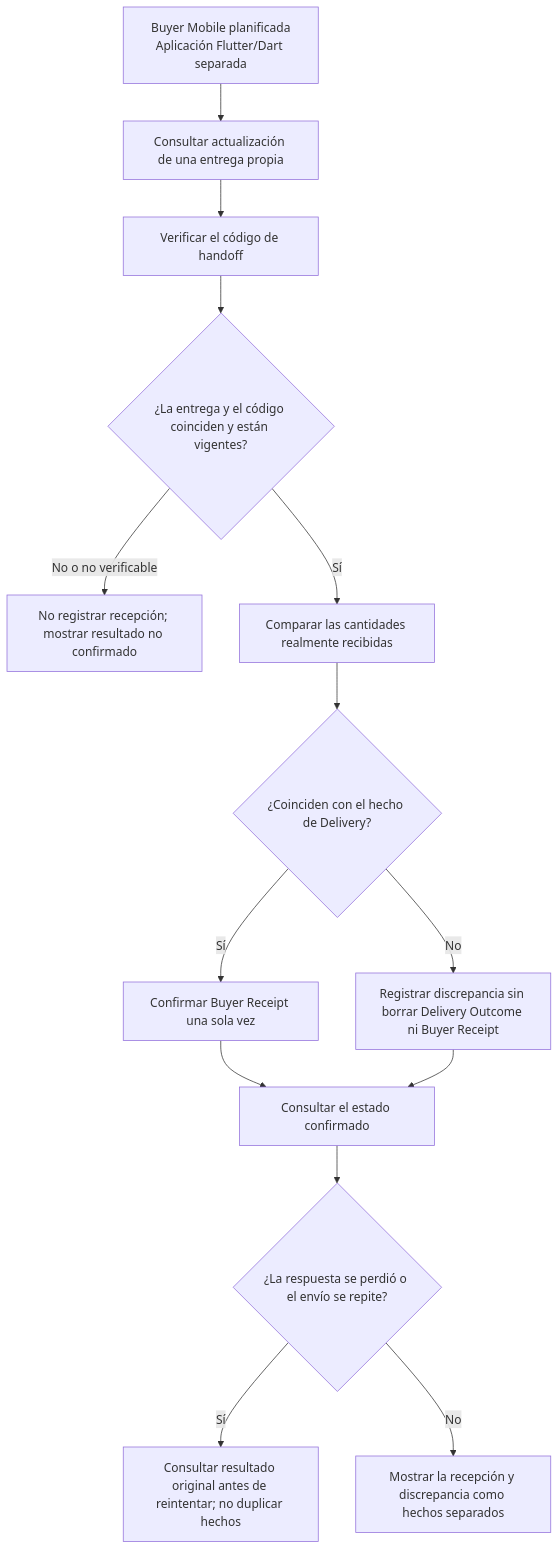
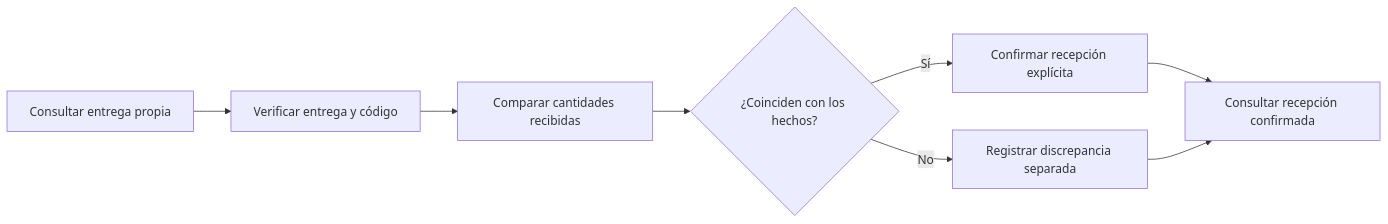
Before and after one commit to nexa-suite/mobile-report: the eighth of 8 diagrams in report/03-solution-ui-ux-design/3.1-product-design/3.1.4-mobile-applications-ux-ui-design/3.1.4.4-mobile-application-user-flows.md, drawn with Mermaid. The commit also changed other lines of this file and 65 other files, not shown here.

````diff
--- a/report/03-solution-ui-ux-design/3.1-product-design/3.1.4-mobile-applications-ux-ui-design/3.1.4.4-mobile-application-user-flows.md
+++ b/report/03-solution-ui-ux-design/3.1-product-design/3.1.4-mobile-applications-ux-ui-design/3.1.4.4-mobile-application-user-flows.md
@@ -218,16 +160,10 @@
 ```mermaid
-flowchart TD
-    A["Buyer Mobile planificada<br/>Aplicación Flutter/Dart separada"] --> B["Consultar actualización de una entrega propia"]
-    B --> C["Verificar el código de handoff"]
-    C --> D{"¿La entrega y el código coinciden y están vigentes?"}
-    D -->|No o no verificable| E["No registrar recepción; mostrar resultado no confirmado"]
-    D -->|Sí| F["Comparar las cantidades realmente recibidas"]
-    F --> G{"¿Coinciden con el hecho de Delivery?"}
-    G -->|Sí| H["Confirmar Buyer Receipt una sola vez"]
-    G -->|No| I["Registrar discrepancia sin borrar Delivery Outcome ni Buyer Receipt"]
-    H --> J["Consultar el estado confirmado"]
-    I --> J
-    J --> K{"¿La respuesta se perdió o el envío se repite?"}
-    K -->|Sí| L["Consultar resultado original antes de reintentar; no duplicar hechos"]
-    K -->|No| M["Mostrar la recepción y discrepancia como hechos separados"]
+flowchart LR
+  A["Consultar entrega propia"] --> B["Verificar entrega y código"]
+  B --> C["Comparar cantidades recibidas"]
+  C --> D{"¿Coinciden con los hechos?"}
+  D -->|"Sí"| E["Confirmar recepción explícita"]
+  D -->|"No"| F["Registrar discrepancia separada"]
+  E --> G["Consultar recepción confirmada"]
+  F --> G
 ```
````
